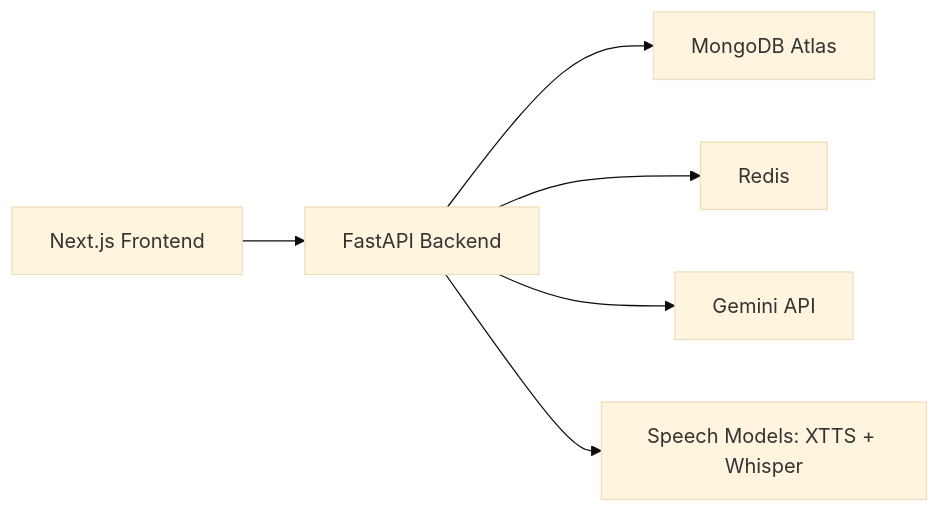
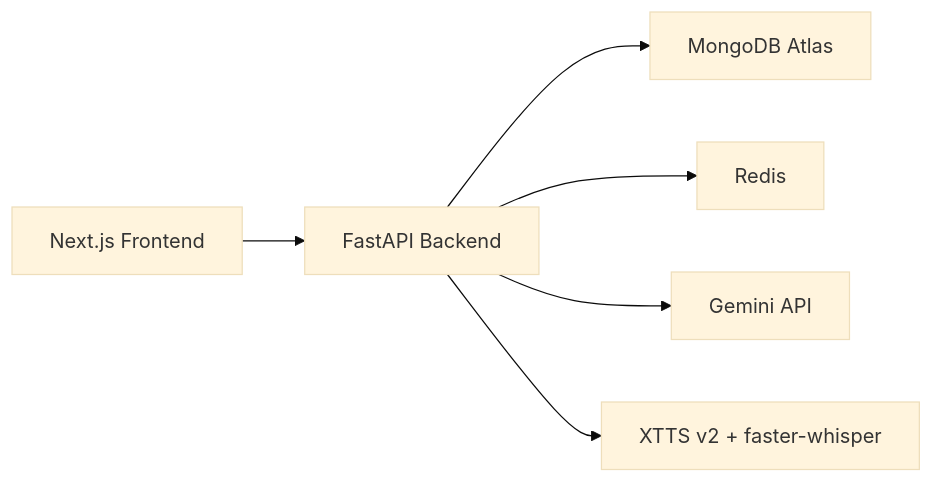
One commit to Hubbblelabs/interview-bot changed the first of 2 diagrams in README.md. Above: the diagram before and after it, drawn with Mermaid (base theme). The commit also changed other lines of this file, not shown here.

````diff
--- a/README.md
+++ b/README.md
@@ -127,8 +105,8 @@
 ```mermaid
 flowchart LR
-	A[Next.js Frontend] --> B[FastAPI Backend]
-	B --> C[MongoDB Atlas]
-	B --> D[Redis]
-	B --> E[Gemini API]
-	B --> F[Speech Models: XTTS + Whisper]
+    A[Next.js Frontend] --> B[FastAPI Backend]
+    B --> C[MongoDB Atlas]
+    B --> D[Redis]
+    B --> E[Gemini API]
+    B --> F[XTTS v2 + faster-whisper]
 ```
````
